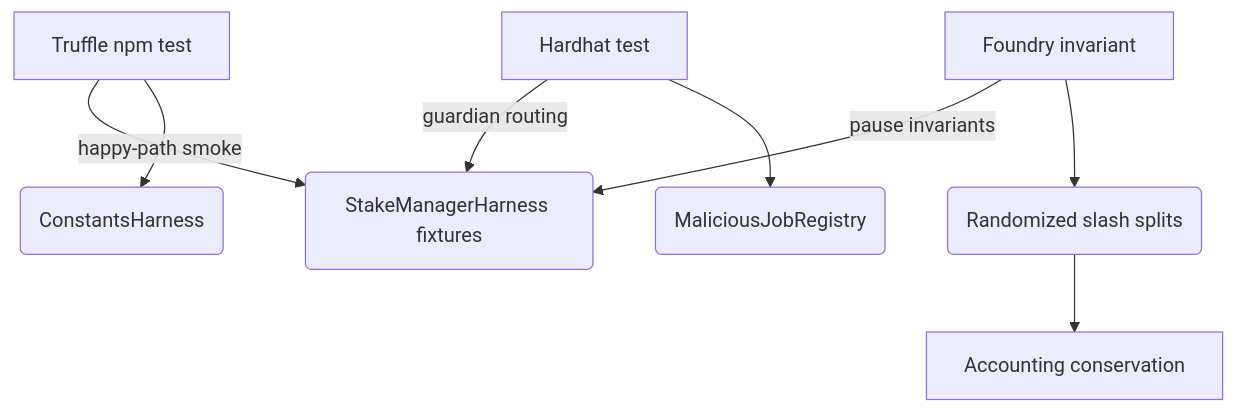
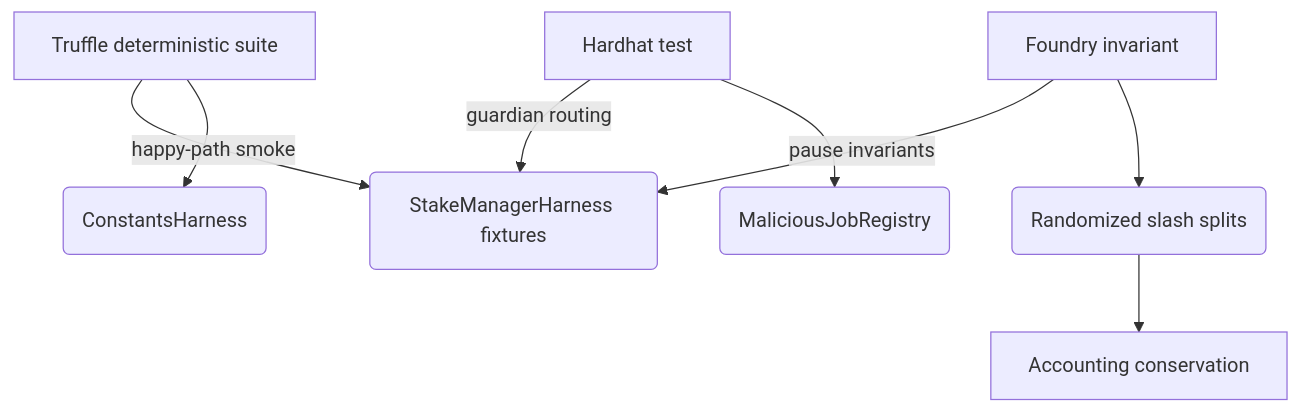
One commit to MontrealAI/agijobs-sovereign-labor-v0p1 changed the fifth of 6 diagrams in README.md. Above: the diagram before and after it, drawn with Mermaid. The commit also changed other lines of this file and 12 other files, not shown here.

````diff
--- a/README.md
+++ b/README.md
@@ -230,10 +232,10 @@
 ```mermaid
 graph TD
-    A[Truffle npm test] -->|happy-path smoke| B(StakeManagerHarness fixtures)
+    A[Truffle deterministic suite] -->|happy-path smoke| B(StakeManagerHarness fixtures)
     A --> C(ConstantsHarness)
     D[Hardhat test] -->|guardian routing| B
     D --> E(MaliciousJobRegistry)
     F[Foundry invariant] -->|pause invariants| B
     F --> G(Randomized slash splits)
     G --> H[Accounting conservation]
 ```
````
